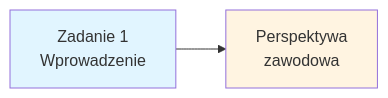
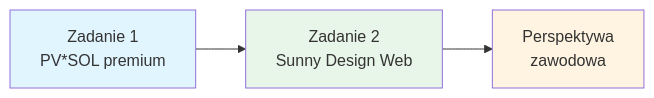
One commit to Viktar-T/OZE-projektowanie changed the diagram in oze-pr/docs/projekty/photovoltaic systems/index.md. Above: the diagram before and after it, drawn with Mermaid. The commit also changed other lines of this file and 1 other file, not shown here.

Commit message:
SD-SunnyDesign task

````diff
--- a/oze-pr/docs/projekty/photovoltaic systems/index.md
+++ b/oze-pr/docs/projekty/photovoltaic systems/index.md
@@ -55,7 +73,9 @@
 ```mermaid
 graph LR
-    A[Zadanie 1<br/>Wprowadzenie] --> B[Perspektywa<br/>zawodowa]
+    A[Zadanie 1<br/>PV*SOL premium] --> B[Zadanie 2<br/>Sunny Design Web]
+    B --> C[Perspektywa<br/>zawodowa]
     
     style A fill:#e1f5ff
-    style B fill:#fff4e1
+    style B fill:#e8f5e9
+    style C fill:#fff4e1
 ```
````
